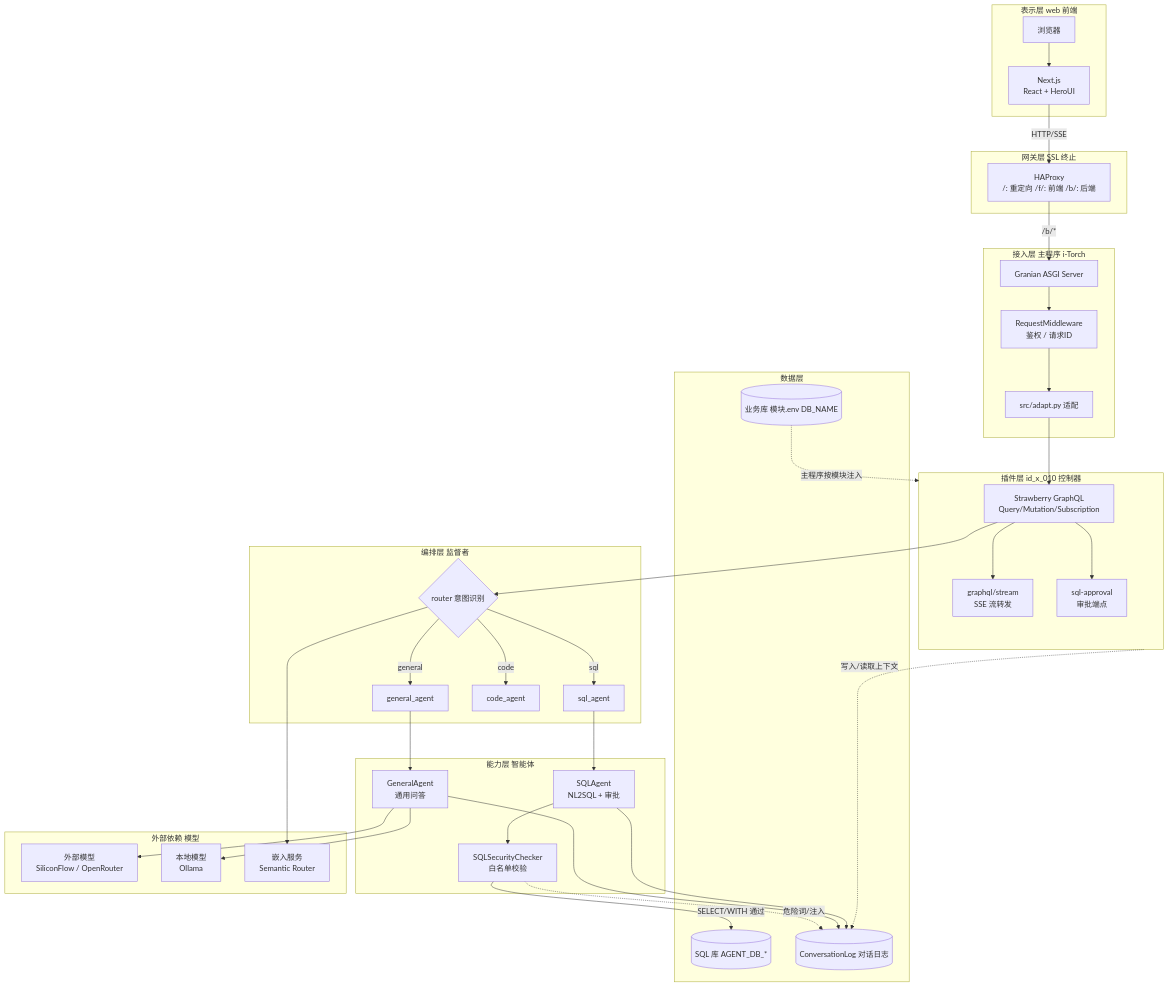
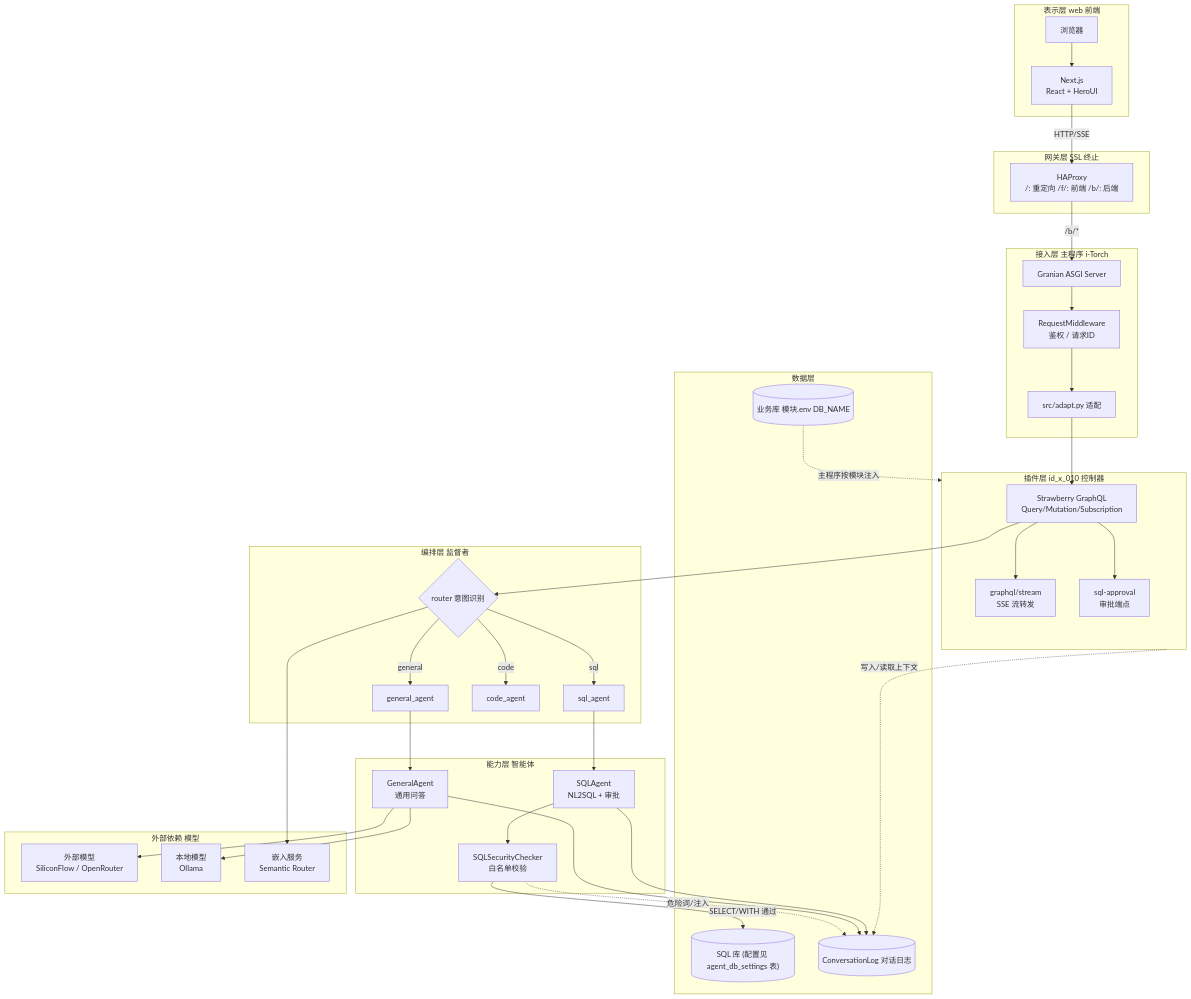
One commit to i-TorchLabs/id_x_010 changed the first of 2 diagrams in README.md. Above: the diagram before and after it, drawn with Mermaid. The commit also changed other lines of this file and 18 other files, not shown here.

````diff
--- a/README.md
+++ b/README.md
@@ -66,70 +66,70 @@
 ```mermaid
 graph TB
   subgraph L1[表示层 web 前端]
     Browser[浏览器]
     NextJS["Next.js<br/>React + HeroUI"]
   end
 
   subgraph L2[网关层 SSL 终止]
     HAProxy[HAProxy<br/>/: 重定向 /f/: 前端 /b/: 后端]
   end
 
   subgraph L3[接入层 主程序 i-Torch]
     Granian[Granian ASGI Server]
     MW[RequestMiddleware<br/>鉴权 / 请求ID]
     Adapt["src/adapt.py 适配"]
   end
 
   subgraph L4[插件层 id_x_010 控制器]
     GQL[Strawberry GraphQL<br/>Query/Mutation/Subscription]
     SSE[graphql/stream<br/>SSE 流转发]
     Approve[sql-approval<br/>审批端点]
   end
 
   subgraph L5[编排层 监督者]
     Router{router 意图识别}
     Router -->|general| GenA[general_agent]
     Router -->|sql| SqlA[sql_agent]
     Router -->|code| CodeA[code_agent]
   end
 
   subgraph L6[能力层 智能体]
     General[GeneralAgent<br/>通用问答]
     SQLAgent["SQLAgent<br/>NL2SQL + 审批"]
     SACheck[SQLSecurityChecker<br/>白名单校验]
   end
 
   subgraph L7[数据层]
     BizDB[(业务库 模块.env DB_NAME)]
-    AgentDB[(SQL 库 AGENT_DB_*)]
+    AgentDB[("SQL 库 (配置见 agent_db_settings 表)")]
     ConvLog[(ConversationLog 对话日志)]
   end
 
   subgraph L8[外部依赖 模型]
     Ext[外部模型<br/>SiliconFlow / OpenRouter]
     Local[本地模型<br/>Ollama]
     Emb[嵌入服务<br/>Semantic Router]
   end
 
   Browser --> NextJS
   NextJS -->|HTTP/SSE| HAProxy
   HAProxy -->|/b/*| Granian
   Granian --> MW
   MW --> Adapt
   Adapt --> GQL
   GQL --> SSE
   GQL --> Approve
   GQL --> Router
   GenA --> General
   SqlA --> SQLAgent
   SQLAgent --> SACheck
   SACheck -->|SELECT/WITH 通过| AgentDB
   SACheck -.->|危险词/注入| ConvLog
   General --> ConvLog
   SQLAgent --> ConvLog
   General --> Ext
   General --> Local
   Router --> Emb
   L4 -.->|写入/读取上下文| ConvLog
   BizDB -.->|主程序按模块注入| L4
 ```
````
